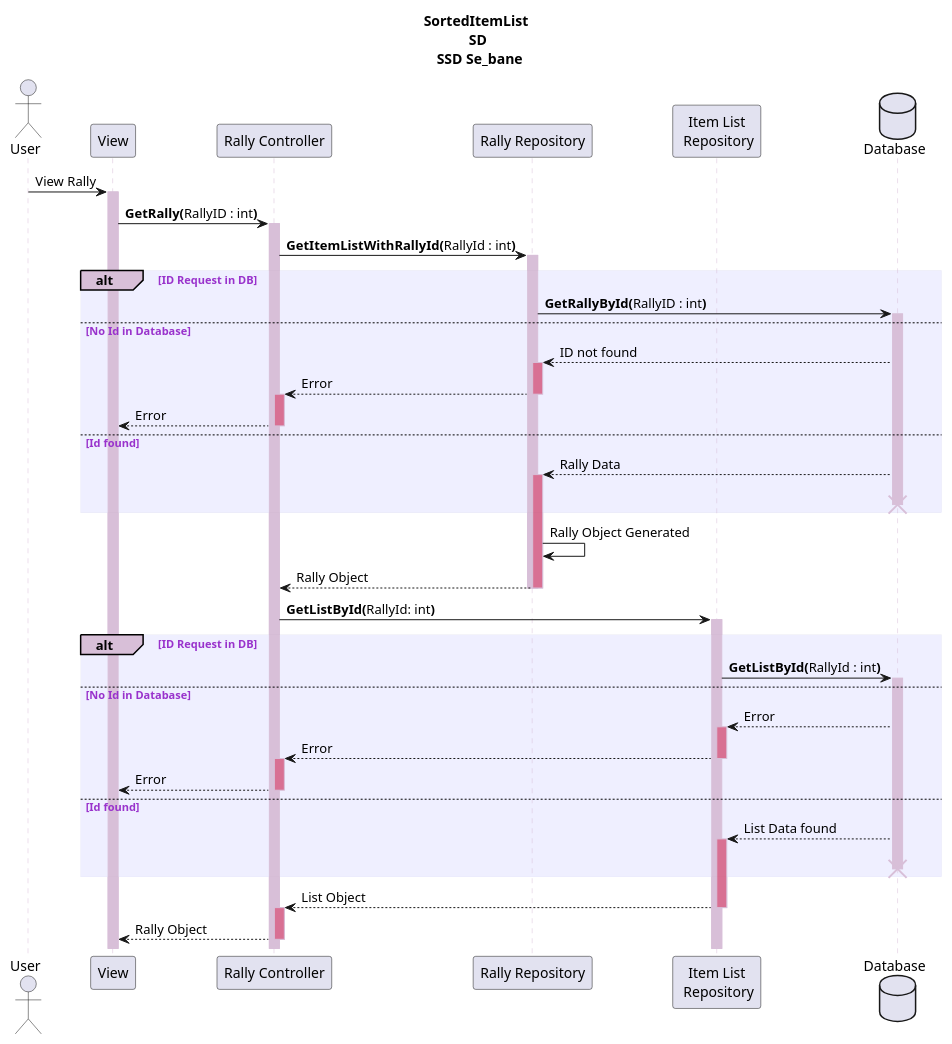
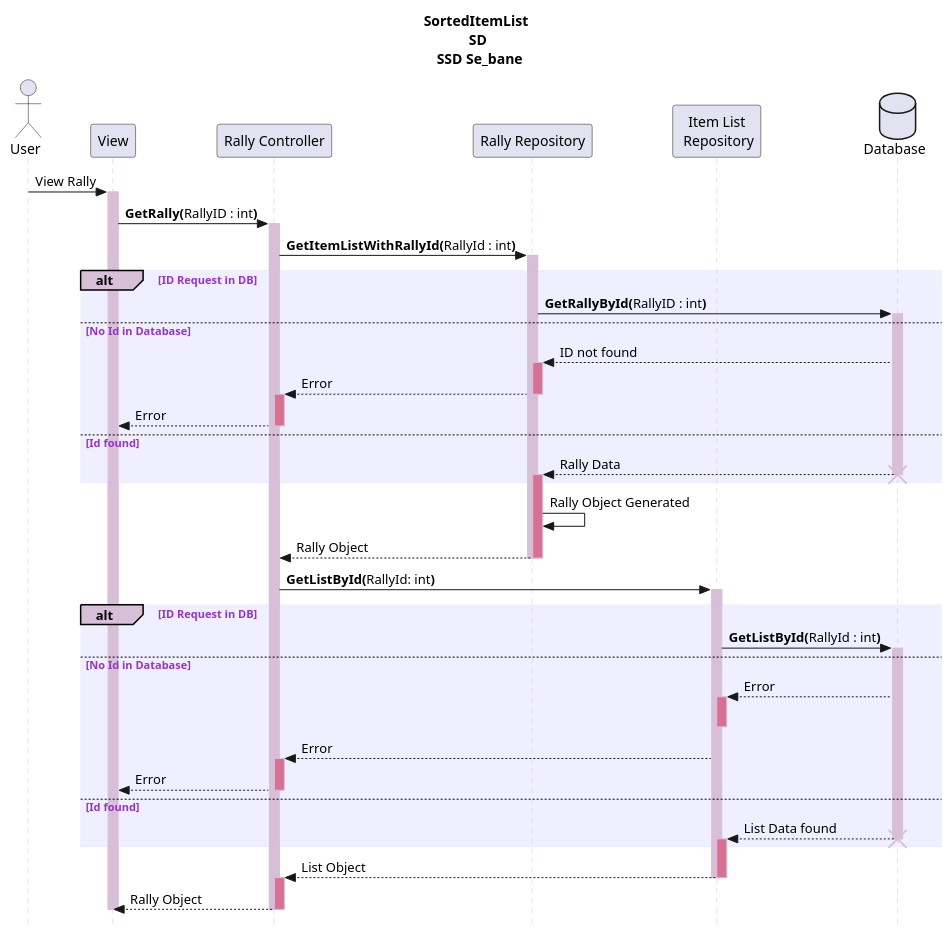
Before and after one commit to Team-1-ucl/Team1_Projekt: the diagram in Dokumentation/Scenarier/Baner/Development View/SD/SortingItemList.wsd, drawn with PlantUML. The commit also changed 116 other files, not shown here.

```diff
--- a/Dokumentation/Scenarier/Baner/Development View/SD/SortingItemList.wsd
+++ b/Dokumentation/Scenarier/Baner/Development View/SD/SortingItemList.wsd
@@ -1,70 +1,73 @@
 @startuml SortedItemList
 title SortedItemList \nSD\n SSD Se_bane
 skinparam SequenceGroupBorderThickness 0.01
 skinparam SequenceDividerBorderColor MediumPurple
 skinparam SequenceDividerBackgroundColor MediumPurple
 skinparam SequenceGroupBodyBackgroundColor MOTIVATION
 skinparam SequenceGroupFontColor DarkOrchid
 skinparam SequenceGroupBackgroundColor Thistle
 skinparam SequenceLifeLineBackgroundColor Thistle
 skinparam SequenceLifeLineBorderColor Thistle
-
+skinparam Style strictUML
 
 actor User
 participant "View" as UI
 participant "Rally Controller" as RallyCon
 participant "Rally Repository" as RallyRepo
 participant "Item List\n Repository" as ItemListRepo
 
 database "Database" as DB
 
 User -> UI : View Rally
 activate UI
 UI -> RallyCon : **GetRally(**RallyID : int**)**
 activate RallyCon
 RallyCon -> RallyRepo : **GetItemListWithRallyId(**RallyId : int**)**
 activate RallyRepo
 alt ID Request in DB
 RallyRepo -> DB : **GetRallyById(**RallyID : int**)**
 activate DB
 else No Id in Database
 DB --> RallyRepo : ID not found
 activate RallyRepo #PaleVioletRed
 RallyRepo --> RallyCon : Error
 deactivate RallyRepo 
 activate RallyCon #PaleVioletRed
 RallyCon --> UI : Error
 deactivate RallyCon
 else Id found
 RallyRepo <-- DB : Rally Data 
+destroy DB
 activate RallyRepo #PaleVioletRed
-destroy DB
 end
 RallyRepo -> RallyRepo : Rally Object Generated
 RallyRepo --> RallyCon : Rally Object
 deactivate RallyRepo
 deactivate RallyRepo
 RallyCon -> ItemListRepo : **GetListById(**RallyId: int**)**
 alt ID Request in DB
 activate ItemListRepo 
 ItemListRepo -> DB : **GetListById(**RallyId : int**)**
 activate DB
 else No Id in Database
 DB --> ItemListRepo :Error
 activate ItemListRepo #PaleVioletRed
+deactivate ItemListRepo
 ItemListRepo --> RallyCon : Error
-deactivate ItemListRepo
 activate RallyCon#PaleVioletRed
 RallyCon --> UI : Error
 deactivate RallyCon 
 else Id found
 DB --> ItemListRepo : List Data found
+destroy DB
 activate ItemListRepo#PaleVioletRed
-destroy DB
 end
 ItemListRepo --> RallyCon : List Object
 deactivate ItemListRepo 
 activate RallyCon#PaleVioletRed
+deactivate ItemListRepo 
 RallyCon --> UI : Rally Object
 deactivate RallyCon
+deactivate RallyCon
+deactivate UI
 @enduml
```
